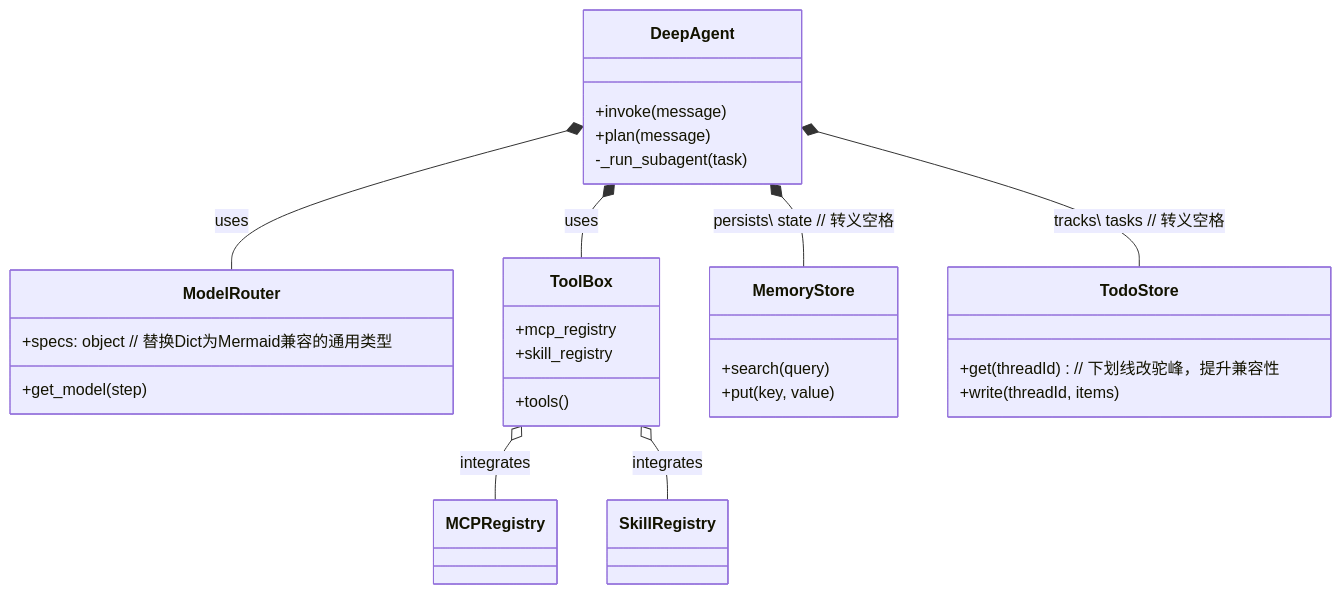
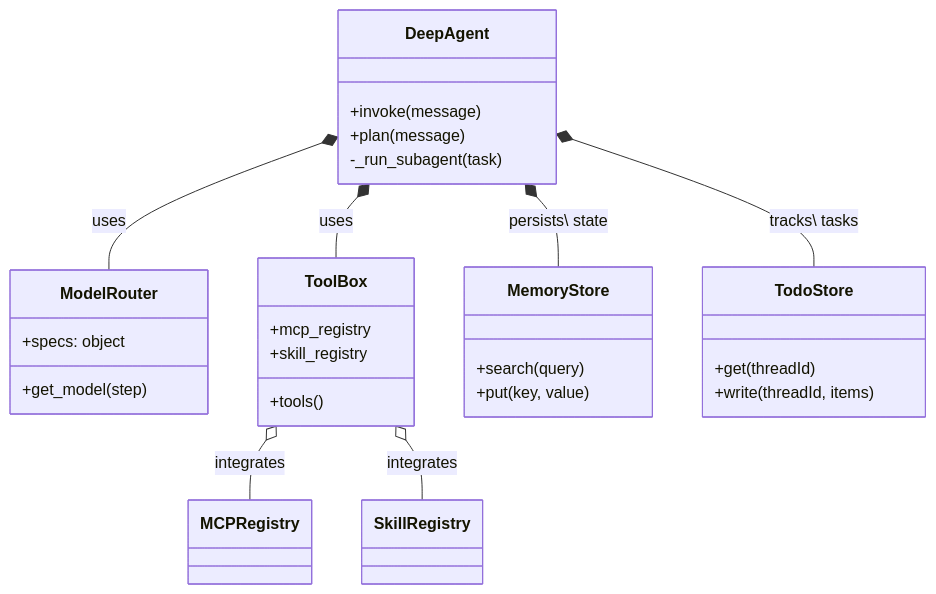
The second of 4 diagrams in ARCHITECTURE.md (overfly83/deepAgent), drawn with Mermaid before and after one commit. The commit also changed other lines of this file, not shown here.

Commit message:
enahance

````diff
--- a/ARCHITECTURE.md
+++ b/ARCHITECTURE.md
@@ -61,42 +61,42 @@
 ```mermaid
 classDiagram
     %% 核心类定义（保留所有方法/属性，仅修正语法）
     class DeepAgent {
         +invoke(message)
         +plan(message)
         -_run_subagent(task)
     }
 
     class ModelRouter {
         +get_model(step)
-        +specs: object  // 替换Dict为Mermaid兼容的通用类型
+        +specs: object
     }
 
     class ToolBox {
         +tools()
         +mcp_registry
         +skill_registry
     }
 
     class MemoryStore {
         +search(query)
         +put(key, value)
     }
 
     class TodoStore {
-        +get(threadId)  // 下划线改驼峰，提升兼容性
+        +get(threadId)
         +write(threadId, items)
     }
 
     %% 补充缺失的引用类（关键修复）
     class MCPRegistry { }
     class SkillRegistry { }
 
     %% 规范连接语法（统一空格+转义空格说明）
     DeepAgent *-- ModelRouter : uses
     DeepAgent *-- ToolBox : uses
-    DeepAgent *-- MemoryStore : persists\ state  // 转义空格
-    DeepAgent *-- TodoStore : tracks\ tasks      // 转义空格
+    DeepAgent *-- MemoryStore : persists\ state
+    DeepAgent *-- TodoStore : tracks\ tasks 
     ToolBox o-- MCPRegistry : integrates
     ToolBox o-- SkillRegistry : integrates
 ```
````
